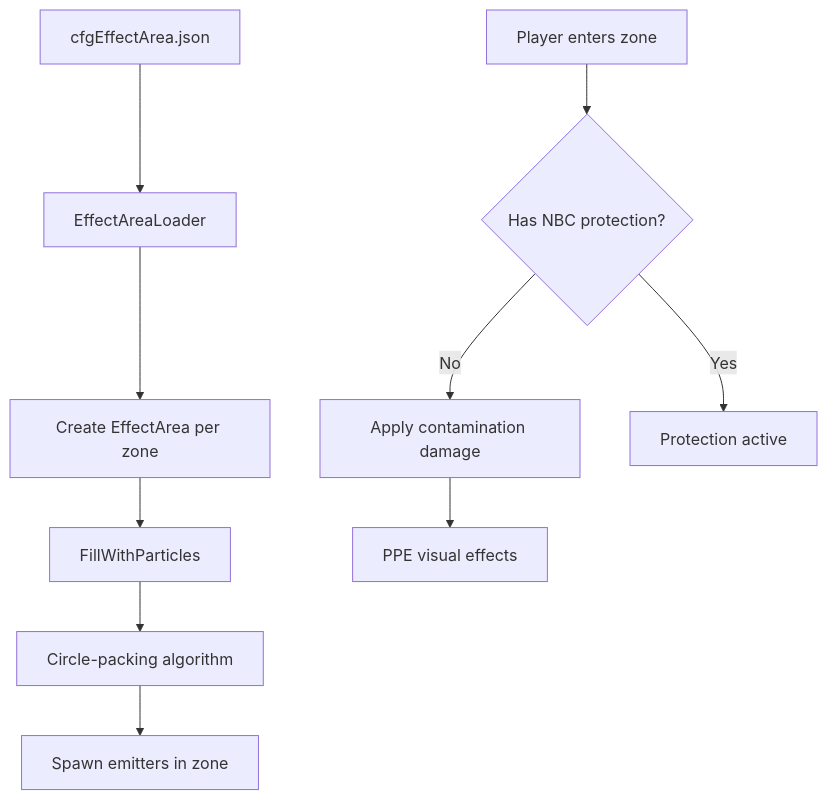
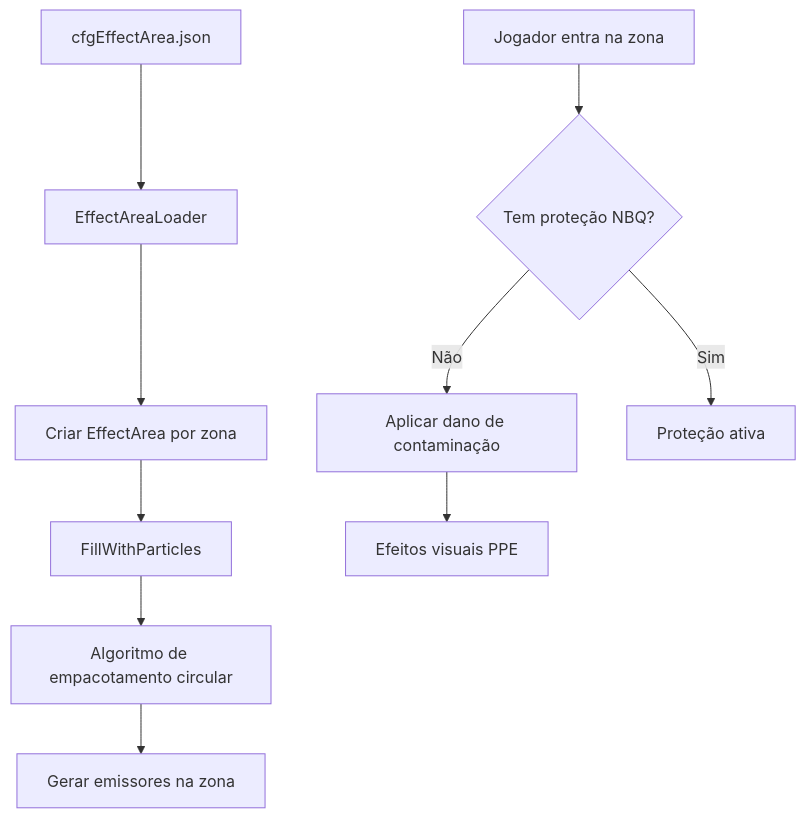
One commit to StarDZ-Team/DayZ-Modding-Wiki changed the diagram in pt/06-engine-api/23-world-systems.md. Above: the diagram before and after it, drawn with Mermaid. The commit also changed other lines of this file and 4 other files, not shown here.

````diff
--- a/pt/06-engine-api/23-world-systems.md
+++ b/pt/06-engine-api/23-world-systems.md
@@ -23,13 +23,13 @@
 ```mermaid
 graph TD
     A[cfgEffectArea.json] --> B[EffectAreaLoader]
-    B --> C[Create EffectArea per zone]
+    B --> C[Criar EffectArea por zona]
     C --> D[FillWithParticles]
-    D --> E[Circle-packing algorithm]
-    E --> F[Spawn emitters in zone]
+    D --> E[Algoritmo de empacotamento circular]
+    E --> F[Gerar emissores na zona]
 
-    G[Player enters zone] --> H{Has NBC protection?}
-    H -->|No| I[Apply contamination damage]
-    H -->|Yes| J[Protection active]
-    I --> K[PPE visual effects]
+    G[Jogador entra na zona] --> H{Tem proteção NBQ?}
+    H -->|Não| I[Aplicar dano de contaminação]
+    H -->|Sim| J[Proteção ativa]
+    I --> K[Efeitos visuais PPE]
 ```
````
